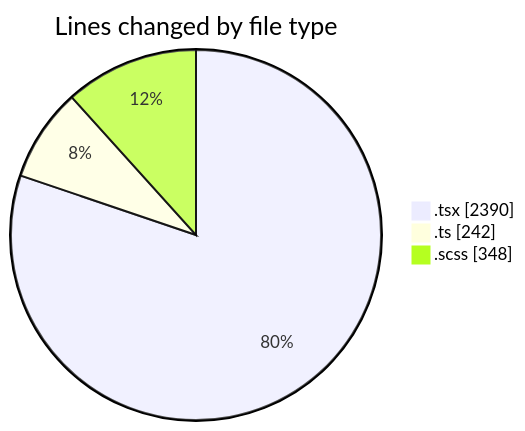
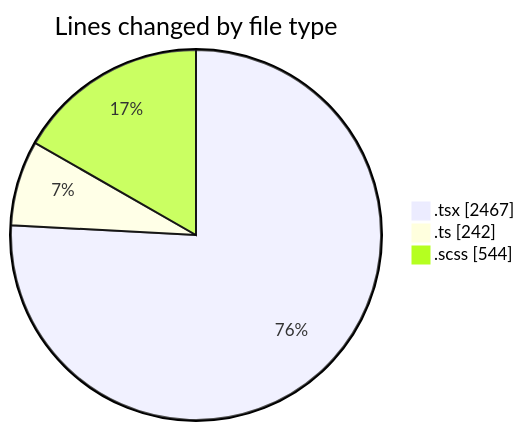
The first of 2 diagrams in 2025-09-15/cda/README.md (momahboobian/code-tracking), drawn with Mermaid before and after one commit. The commit also changed other lines of this file and 1 other file, not shown here.

````diff
--- a/2025-09-15/cda/README.md
+++ b/2025-09-15/cda/README.md
@@ -25,7 +25,7 @@
 ```mermaid
 pie showData
 title Lines changed by file type
-".tsx" : 2390
+".tsx" : 2467
 ".ts" : 242
-".scss" : 348
+".scss" : 544
 ```
````
